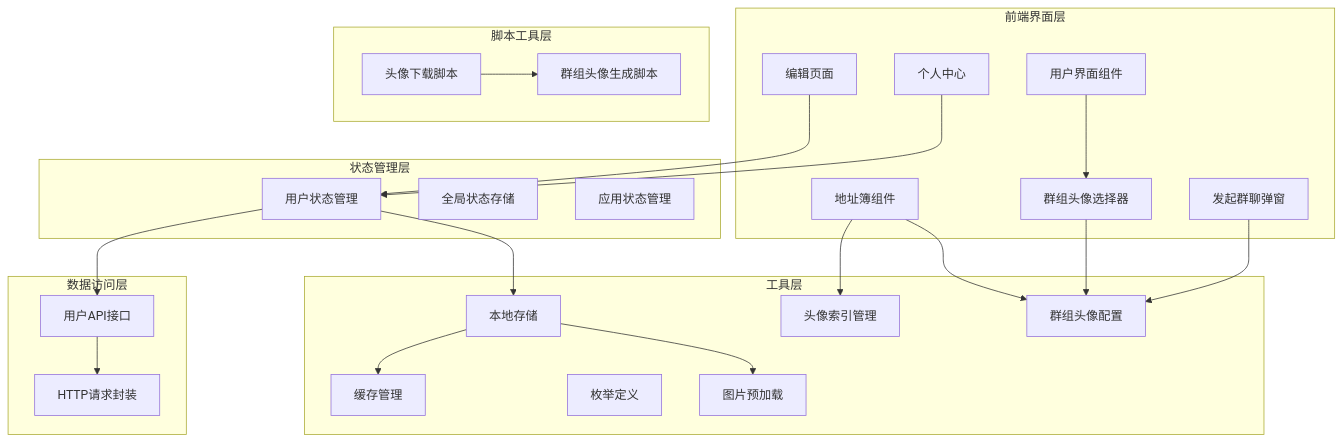
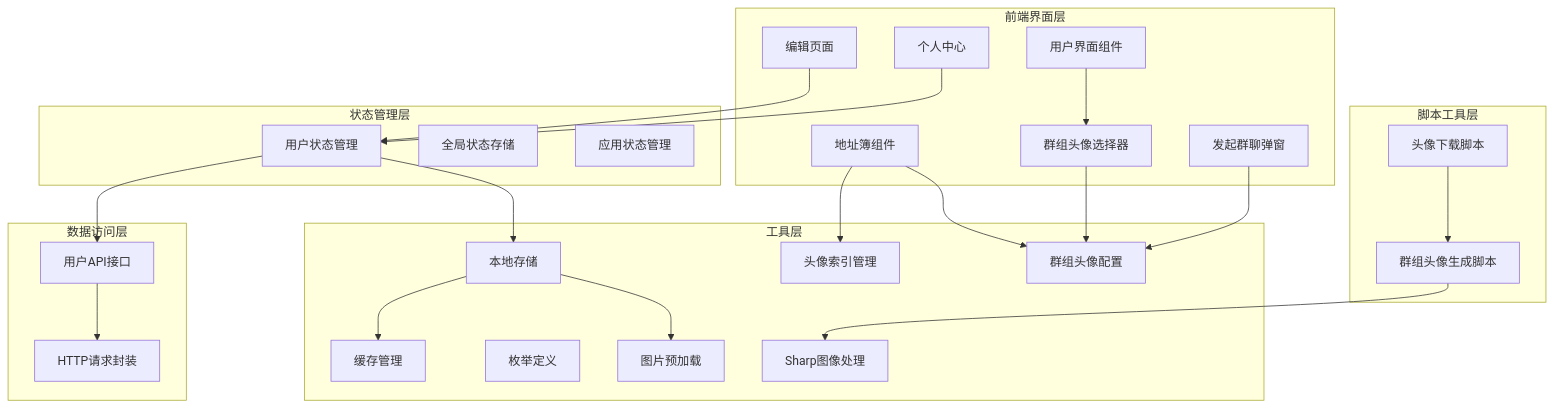
Before and after one commit to giserman001/vue3-vant4-mobile: the first of 11 diagrams in .qoder/repowiki/zh/content/核心系统/头像管理系统.md, drawn with Mermaid. The commit also changed other lines of this file and 10 other files, not shown here.

````diff
--- a/.qoder/repowiki/zh/content/核心系统/头像管理系统.md
+++ b/.qoder/repowiki/zh/content/核心系统/头像管理系统.md
@@ -58,45 +60,47 @@
 ```mermaid
 graph TB
 subgraph "前端界面层"
 A[用户界面组件]
 B[编辑页面]
 C[个人中心]
 D[地址簿组件]
 E[群组头像选择器]
 F[发起群聊弹窗]
 end
 subgraph "状态管理层"
 G[用户状态管理]
 H[全局状态存储]
 I[应用状态管理]
 end
 subgraph "数据访问层"
 J[用户API接口]
 K[HTTP请求封装]
 end
 subgraph "工具层"
 L[本地存储]
 M[缓存管理]
 N[枚举定义]
 O[图片预加载]
 P[头像索引管理]
 Q[群组头像配置]
+R[Sharp图像处理]
 end
 subgraph "脚本工具层"
-R[头像下载脚本]
-S[群组头像生成脚本]
+S[头像下载脚本]
+T[群组头像生成脚本]
 end
 A --> E
 B --> G
 C --> G
 D --> P
 D --> Q
 E --> Q
 F --> Q
 G --> J
 J --> K
 G --> L
 L --> M
 L --> O
-R --> S
+S --> T
+T --> R
 ```
````
